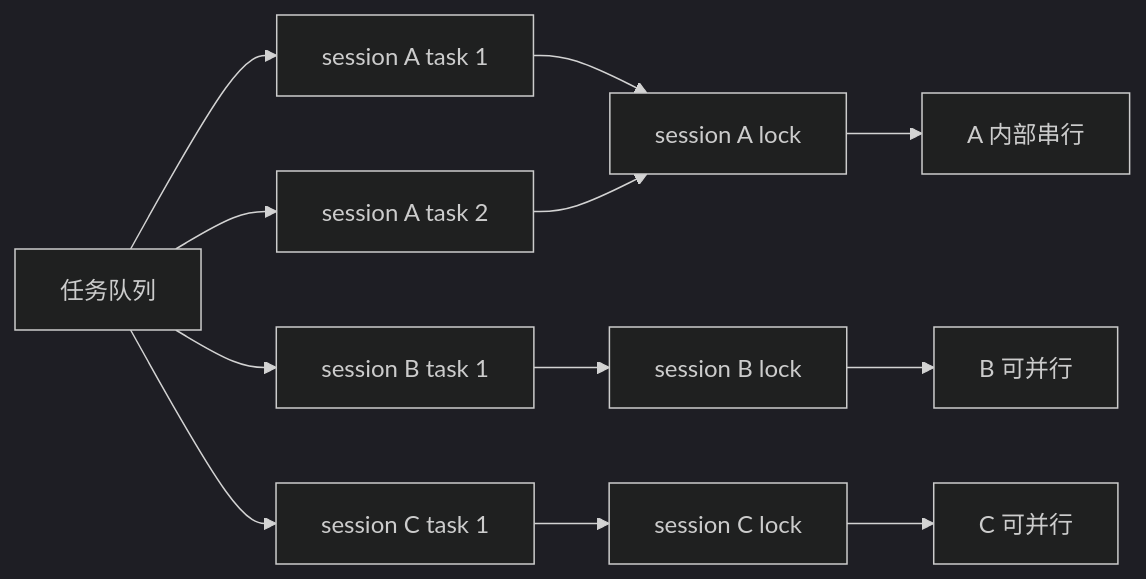
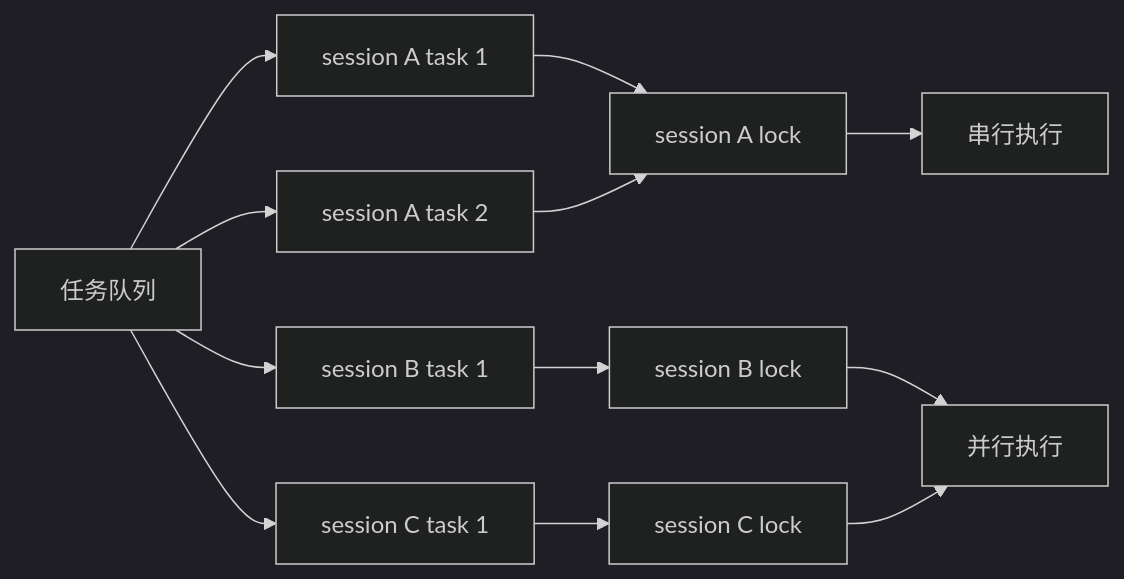
The fourth of 5 diagrams in docs/algorithms/LLM/inbox/260607_local_agent_runtime_agentara.md (catwithtudou/new_blog), drawn with Mermaid (dark theme) before and after one commit. The commit also changed other lines of this file and 8 other files, not shown here.

````diff
--- a/docs/algorithms/LLM/inbox/260607_local_agent_runtime_agentara.md
+++ b/docs/algorithms/LLM/inbox/260607_local_agent_runtime_agentara.md
@@ -229,16 +235,16 @@
 ```mermaid
 flowchart LR
-    A["任务队列"] --> B["session A task 1"]
-    A --> C["session A task 2"]
-    A --> D["session B task 1"]
-    A --> E["session C task 1"]
+  A["任务队列"] --> B["session A task 1"]
+  A --> C["session A task 2"]
+  A --> D["session B task 1"]
+  A --> E["session C task 1"]
 
-    B --> F["session A lock"]
-    C --> F
-    D --> G["session B lock"]
-    E --> H["session C lock"]
+  B --> F["session A lock"]
+  C --> F
+  D --> G["session B lock"]
+  E --> H["session C lock"]
 
-    F --> I["A 内部串行"]
-    G --> J["B 可并行"]
-    H --> K["C 可并行"]
+  F --> I["串行执行"]
+  G --> J["并行执行"]
+  H --> J
 ```
````
